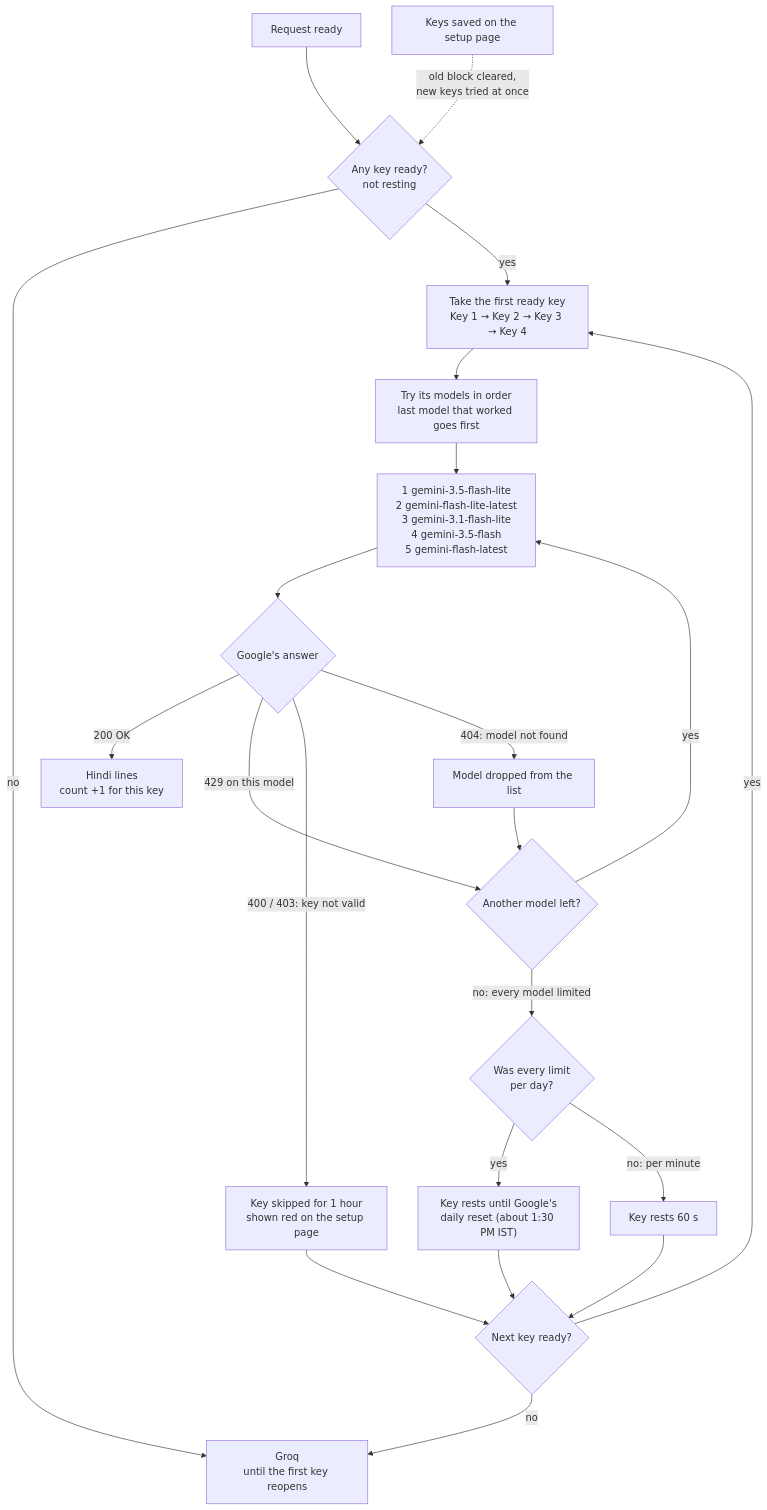
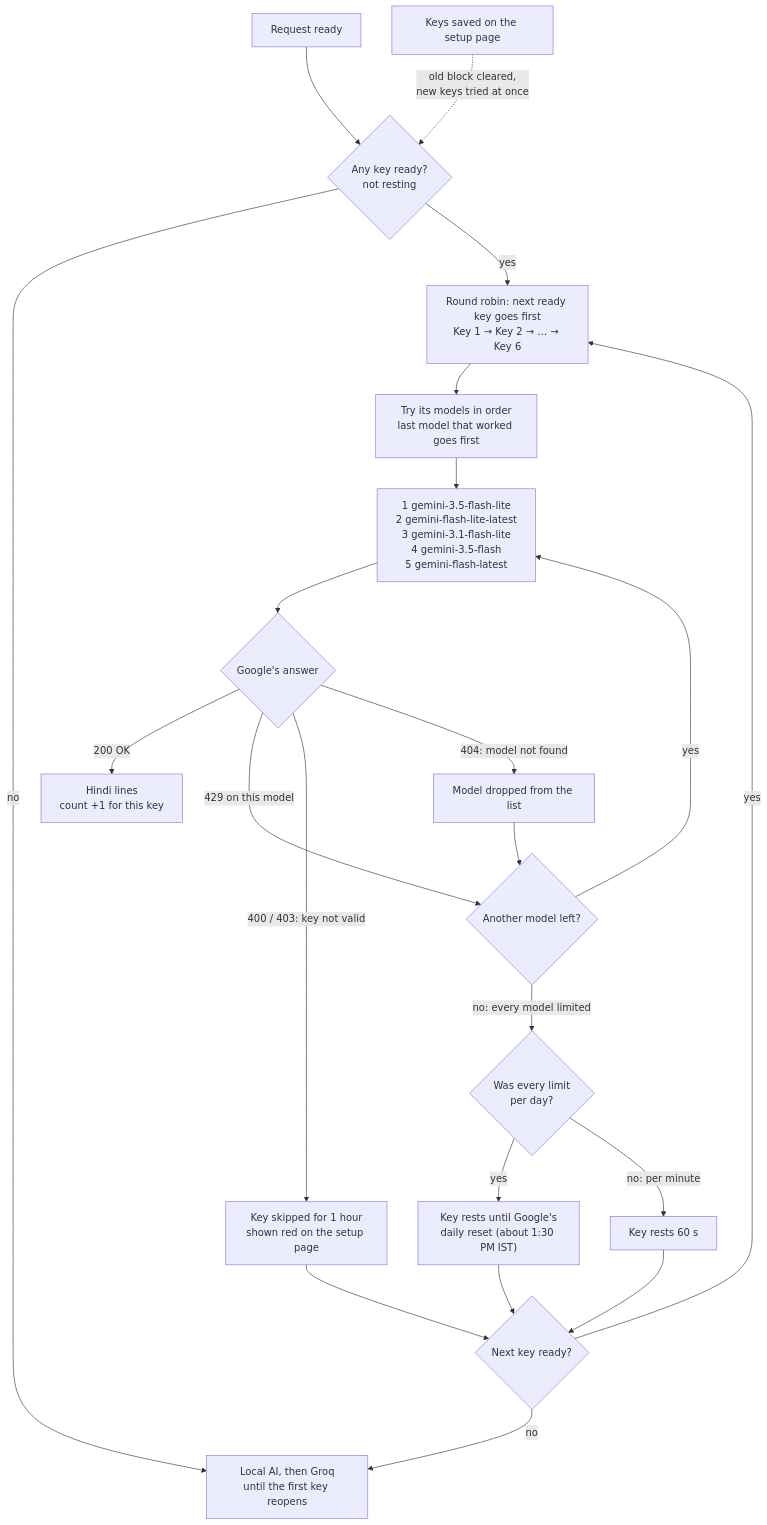
One commit to jitendra205saini/Manga-Translator changed the fifth of 6 diagrams in README.md. Above: the diagram before and after it, drawn with Mermaid. The commit also changed other lines of this file and 1 other file, not shown here.

Commit message:
README: local AI in diagrams, 6 keys round robin

````diff
--- a/README.md
+++ b/README.md
@@ -224,23 +228,23 @@
 ```mermaid
 flowchart TD
     S["Request ready"] --> A{"Any key ready?<br/>not resting"}
-    A -->|"no"| GQ["Groq<br/>until the first key reopens"]
-    A -->|"yes"| K["Take the first ready key<br/>Key 1 → Key 2 → Key 3 → Key 4"]
+    A -->|"no"| GQ["Local AI, then Groq<br/>until the first key reopens"]
+    A -->|"yes"| K["Round robin: next ready key goes first<br/>Key 1 → Key 2 → … → Key 6"]
     K --> MD["Try its models in order<br/>last model that worked goes first"]
     MD --> L["1 gemini-3.5-flash-lite<br/>2 gemini-flash-lite-latest<br/>3 gemini-3.1-flash-lite<br/>4 gemini-3.5-flash<br/>5 gemini-flash-latest"]
     L --> R{"Google's answer"}
     R -->|"200 OK"| OK["Hindi lines<br/>count +1 for this key"]
     R -->|"429 on this model"| NM{"Another model left?"}
     NM -->|"yes"| L
     NM -->|"no: every model limited"| T{"Was every limit<br/>per day?"}
     T -->|"yes"| DAY["Key rests until Google's<br/>daily reset (about 1:30 PM IST)"]
     T -->|"no: per minute"| MIN["Key rests 60 s"]
     R -->|"400 / 403: key not valid"| BAD["Key skipped for 1 hour<br/>shown red on the setup page"]
     R -->|"404: model not found"| GONE["Model dropped from the list"] --> NM
     DAY --> NK{"Next key ready?"}
     MIN --> NK
     BAD --> NK
     NK -->|"yes"| K
     NK -->|"no"| GQ
     SAVE["Keys saved on the setup page"] -.->|"old block cleared,<br/>new keys tried at once"| A
 ```
````
